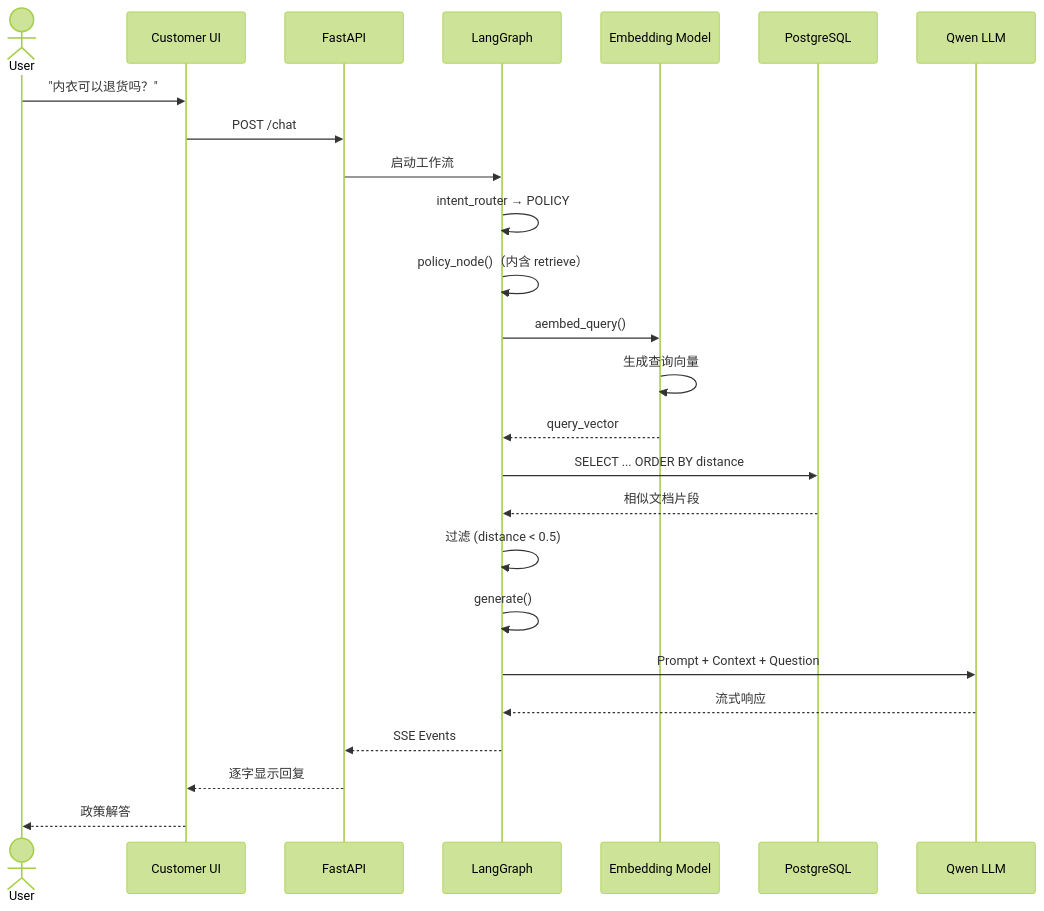
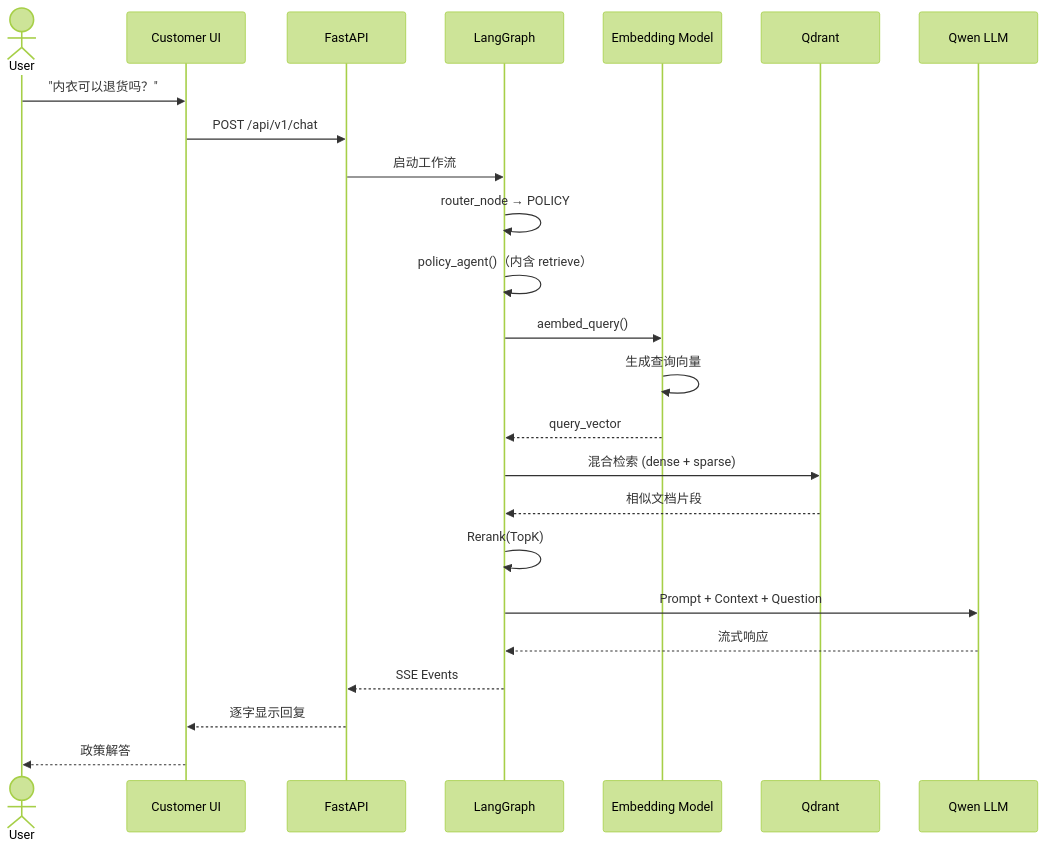
Before and after one commit to Mr-ZeLong/E-commerce-Smart-Agent: the sixth of 8 diagrams in architecture.md, drawn with Mermaid (forest theme). The commit also changed other lines of this file and 7 other files, not shown here.

````diff
--- a/architecture.md
+++ b/architecture.md
@@ -320,28 +322,27 @@
 ```mermaid
 sequenceDiagram
     actor User
     participant CUI as Customer UI
     participant API as FastAPI
     participant Graph as LangGraph
     participant Embed as Embedding Model
-    participant DB as PostgreSQL
+    participant VecDB as Qdrant
     participant LLM as Qwen LLM
 
     User->>CUI: "内衣可以退货吗？"
-    CUI->>API: POST /chat
+    CUI->>API: POST /api/v1/chat
     API->>Graph: 启动工作流
-    Graph->>Graph: intent_router → POLICY
-    Graph->>Graph: policy_node()（内含 retrieve）
+    Graph->>Graph: router_node → POLICY
+    Graph->>Graph: policy_agent()（内含 retrieve）
     Graph->>Embed: aembed_query()
     Embed->>Embed: 生成查询向量
     Embed-->>Graph: query_vector
-    Graph->>DB: SELECT ... ORDER BY distance
-    DB-->>Graph: 相似文档片段
-    Graph->>Graph: 过滤 (distance < 0.5)
-    Graph->>Graph: generate()
+    Graph->>VecDB: 混合检索 (dense + sparse)
+    VecDB-->>Graph: 相似文档片段
+    Graph->>Graph: Rerank(TopK)
     Graph->>LLM: Prompt + Context + Question
     LLM-->>Graph: 流式响应
     Graph-->>API: SSE Events
     API-->>CUI: 逐字显示回复
     CUI-->>User: 政策解答
 ```
````
